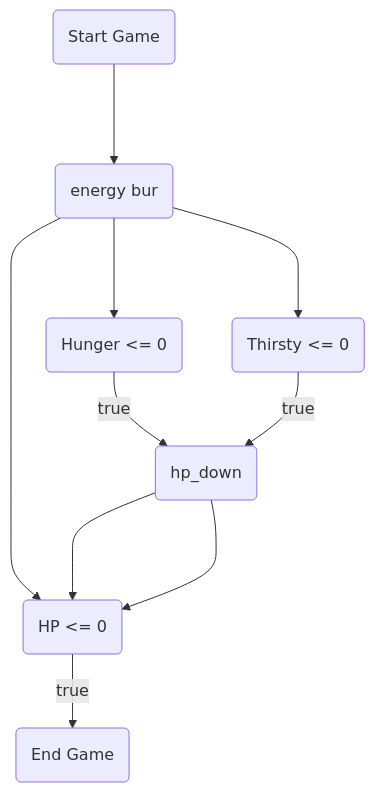
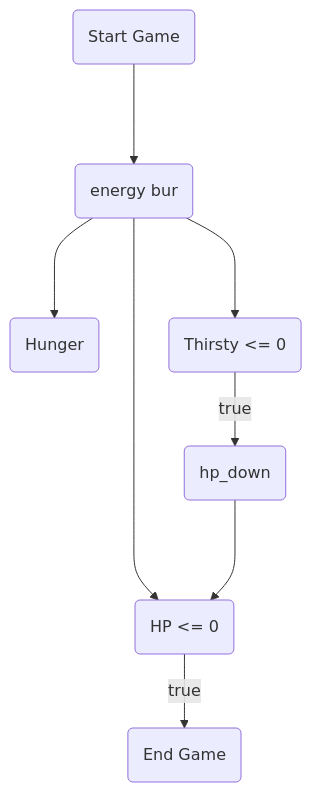
Before and after one commit to SSProgamer/C-Project: the diagram in need me.md, drawn with Mermaid.

Commit message:
Update need me.md

````diff
--- a/need me.md
+++ b/need me.md
@@ -35,9 +35,8 @@
 ```mermaid
 flowchart TD
 start(Start Game) ---> stack(energy bur) --->hp
 stack(energy bur) --->Hunger(Hunger)
 stack(energy bur) --->Thirsty(Thirsty)
-Hunger(Hunger <= 0) --true--> hp_down(hp_down) ---> hp
 Thirsty(Thirsty <= 0) --true--> hp_down(hp_down) ---> hp
 hp(HP <= 0) --true--> e(End Game)
 ```
````
